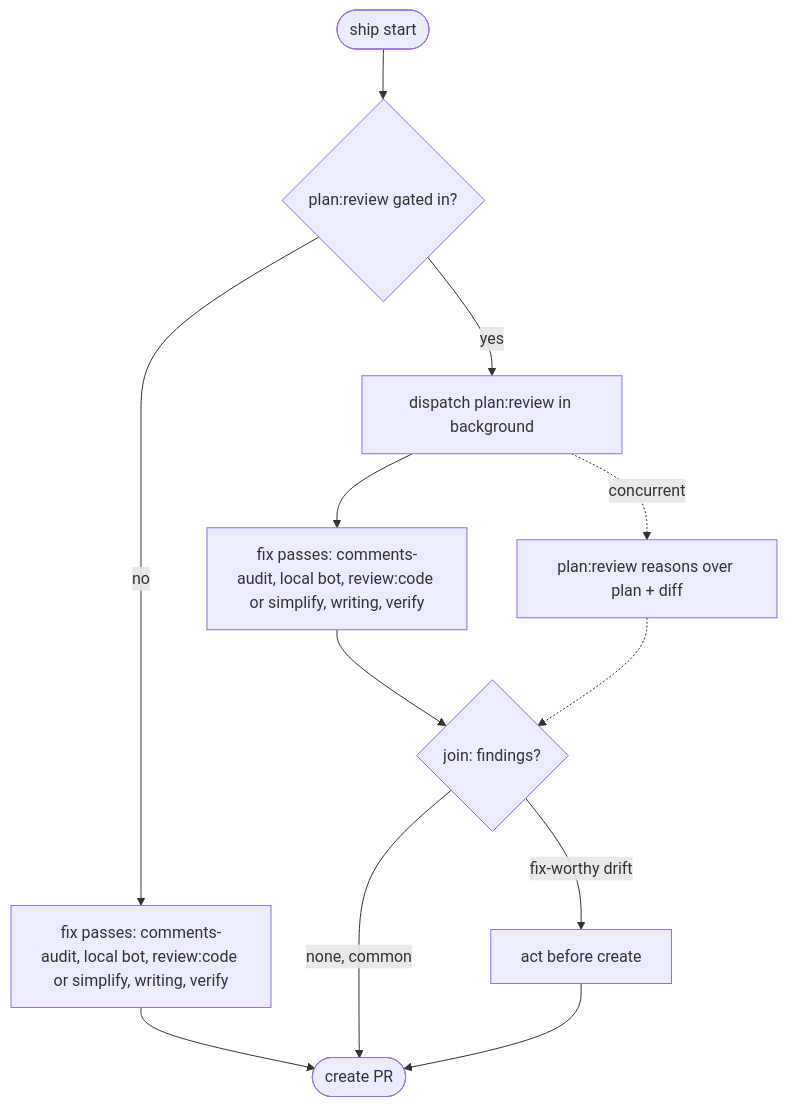
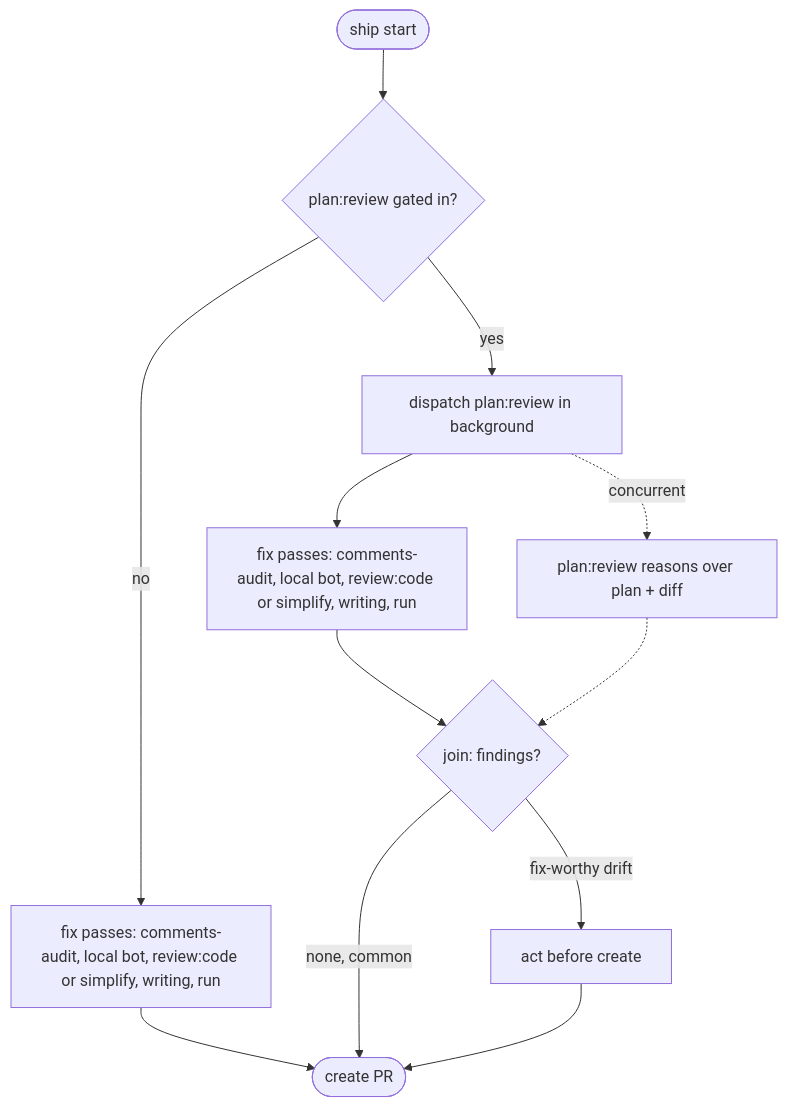
The diagram in user/skills/ship/references/passes.md (bendrucker/claude), drawn with Mermaid before and after one commit. The commit also changed other lines of this file and 6 other files, not shown here.

First line of the commit message:
ship,comments: make ship's delegated review passes reachable

````diff
--- a/user/skills/ship/references/passes.md
+++ b/user/skills/ship/references/passes.md
@@ -26,14 +26,14 @@
 ```mermaid
 flowchart TD
     S([ship start]) --> G{plan:review gated in?}
-    G -->|no| F1[fix passes: comments-audit, local bot, review:code or simplify, writing, verify]
+    G -->|no| F1[fix passes: comments-audit, local bot, review:code or simplify, writing, run]
     F1 --> C([create PR])
     G -->|yes| D[dispatch plan:review in background]
-    D --> F2[fix passes: comments-audit, local bot, review:code or simplify, writing, verify]
+    D --> F2[fix passes: comments-audit, local bot, review:code or simplify, writing, run]
     D -. concurrent .-> R[plan:review reasons over plan + diff]
     F2 --> J{join: findings?}
     R -.-> J
     J -->|fix-worthy drift| A[act before create]
     J -->|none, common| C
     A --> C
 ```
````
